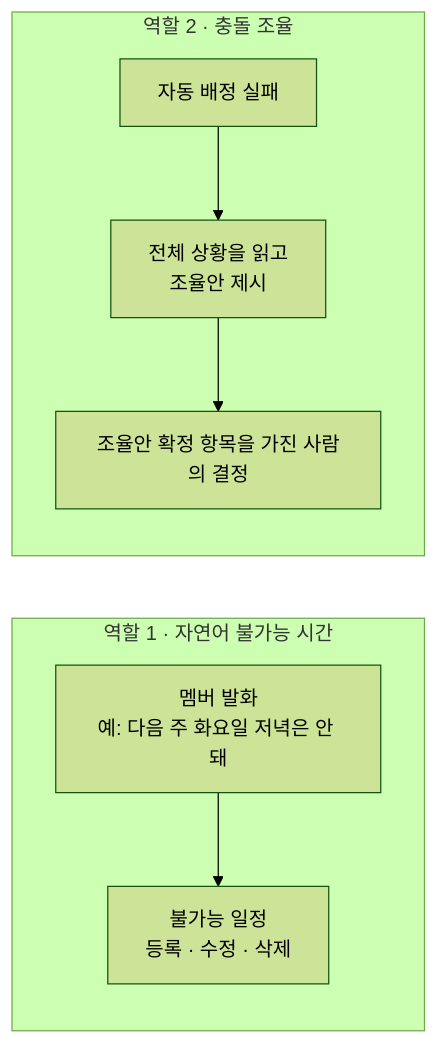
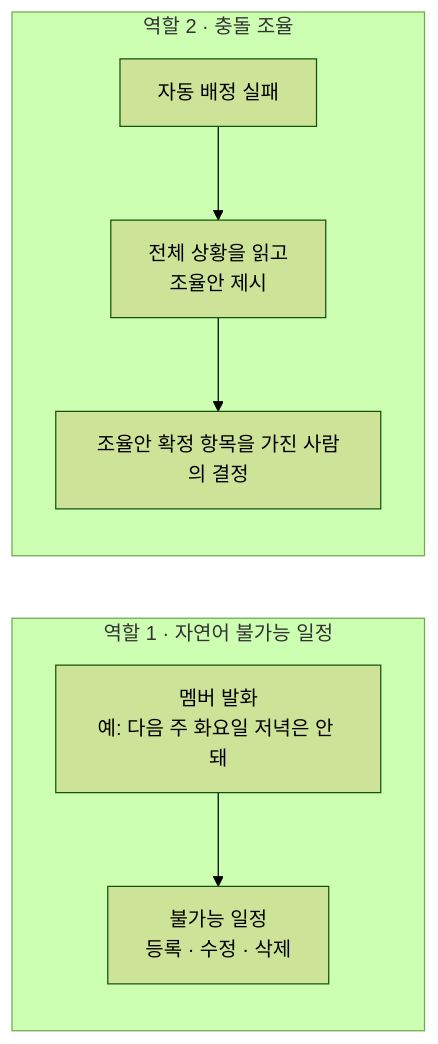
The diagram in .cluedoc/llm-assistant/README.md (minkong-dev/Banblit), drawn with Mermaid (forest theme) before and after one commit. The commit also changed 68 other files, not shown here.

````diff
--- a/.cluedoc/llm-assistant/README.md
+++ b/.cluedoc/llm-assistant/README.md
@@ -8,9 +8,9 @@
 ```mermaid
 flowchart LR
-    subgraph R1[역할 1 · 자연어 불가능 시간]
+    subgraph R1[역할 1 · 자연어 불가능 일정]
         A["멤버 발화<br/>예: 다음 주 화요일 저녁은 안 돼"] --> B[불가능 일정<br/>등록 · 수정 · 삭제]
     end
     subgraph R2[역할 2 · 충돌 조율]
         C[자동 배정 실패] --> D[전체 상황을 읽고<br/>조율안 제시] --> E[조율안 확정 항목을 가진 사람의 결정]
     end
 ```
````
